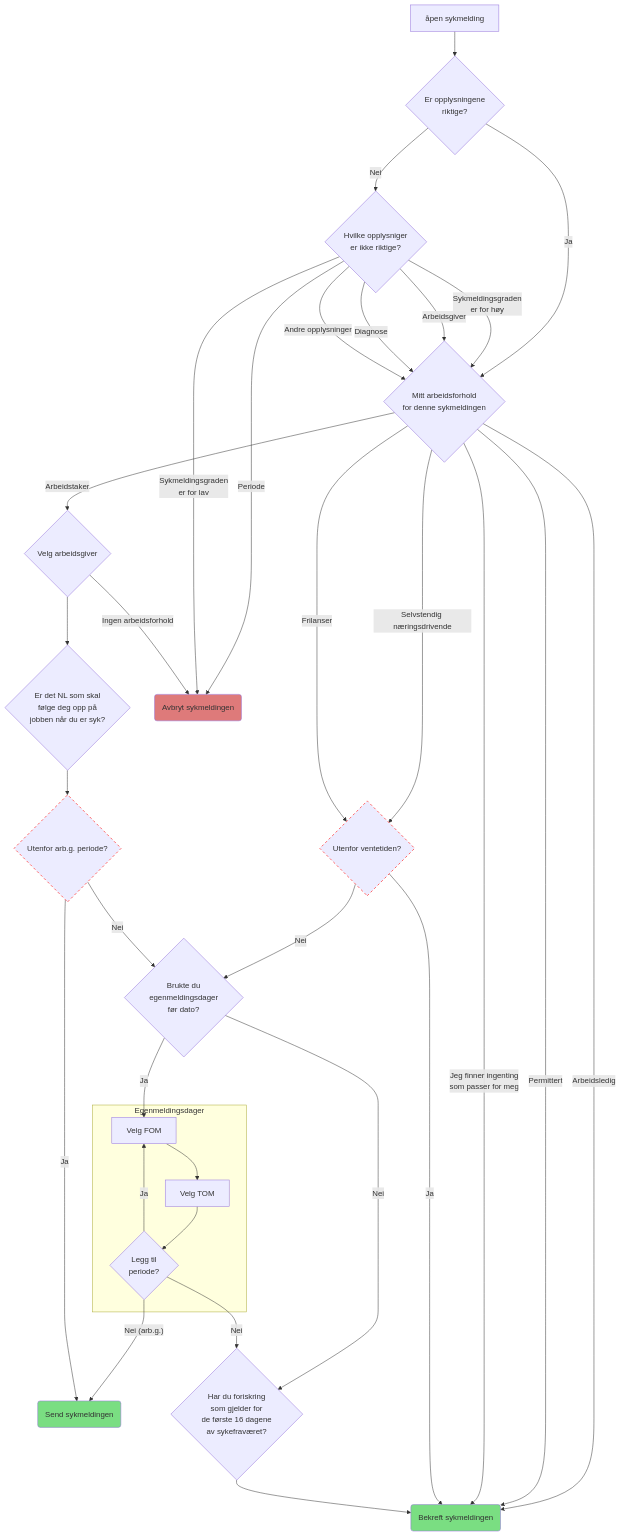
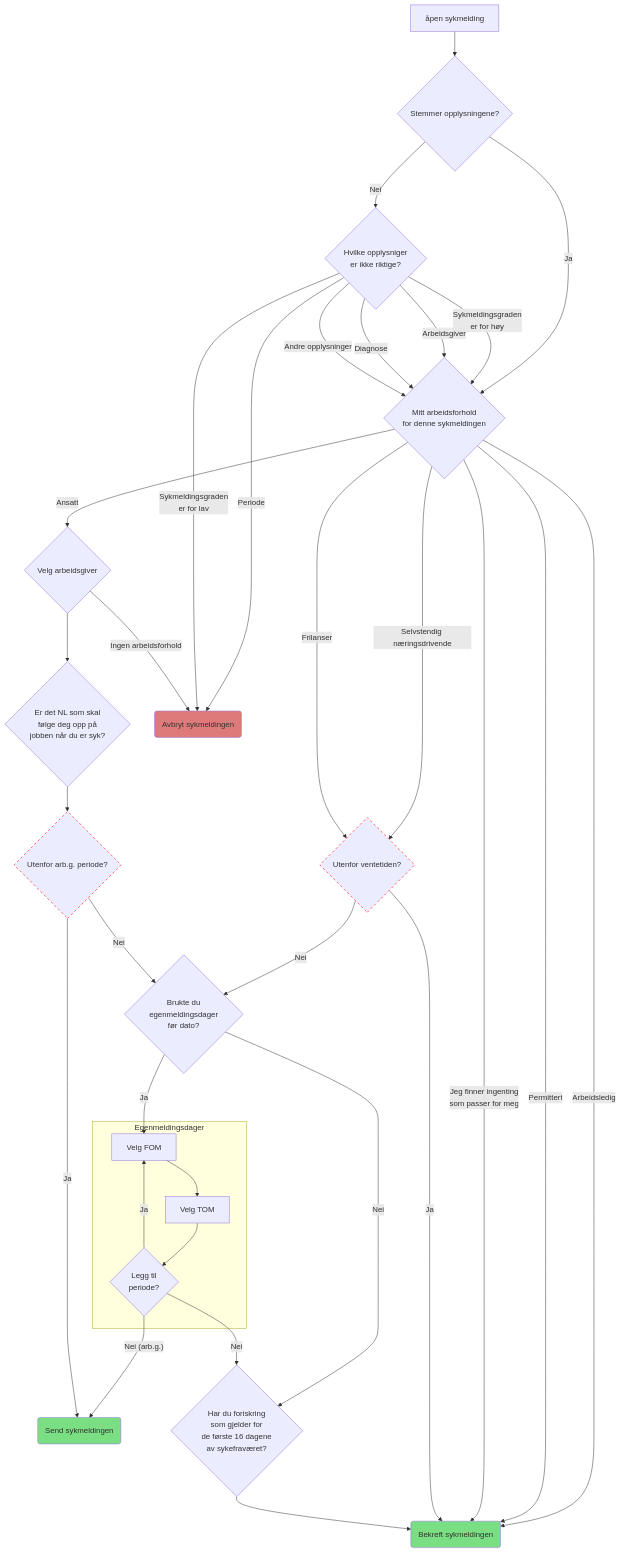
The diagram in form-state.md (navikt/sykmeldinger), drawn with Mermaid before and after one commit. The commit also changed 13 other files, not shown here.

````diff
--- a/form-state.md
+++ b/form-state.md
@@ -6,69 +6,69 @@
 ```mermaid
 graph TB
     %% STATES
     OK_APEN[åpen sykmelding]
-    OPPLYSNINGER{ Er opplysningene <br/> riktige? }
+    OPPLYSNINGER{ Stemmer opplysningene? }
     SYKMELDT_FRA{ Mitt arbeidsforhold <br/> for denne sykmeldingen}
     URIKTIGE_OPPLYSNINGER{ Hvilke opplysniger <br/> er ikke riktige? }
     VELG_ARBEIDSGIVER{ Velg arbeidsgiver }
     UTENFOR_VENTETID{ Utenfor ventetiden? }
     NAERMESTE_LEDER{ Er det NL som skal <br/> følge deg opp på <br/> jobben når du er syk? }
     UTENFOR_AG_PERIODE{ Utenfor arb.g. periode? }
     EGENMELDINGSDAGER{ Brukte du <br/>egenmeldingsdager <br/> før dato? }
     BEKREFT( Bekreft sykmeldingen )
     SEND( Send sykmeldingen)
     NY_PERIODE{Legg til <br/> periode?}
     AVBRYT( Avbryt sykmeldingen)
     FORSIKRING{Har du foriskring <br/> som gjelder for <br/> de første 16 dagene <br/> av sykefraværet?}
 
     OK_APEN --> OPPLYSNINGER;
 
     OPPLYSNINGER -->|Ja| SYKMELDT_FRA
     OPPLYSNINGER -->|Nei| URIKTIGE_OPPLYSNINGER
 
     URIKTIGE_OPPLYSNINGER -->|Sykmeldingsgraden <br/> er for høy| SYKMELDT_FRA
     URIKTIGE_OPPLYSNINGER -->|Arbeidsgiver| SYKMELDT_FRA
     URIKTIGE_OPPLYSNINGER -->|Diagnose| SYKMELDT_FRA
     URIKTIGE_OPPLYSNINGER -->|Andre opplysninger| SYKMELDT_FRA
     URIKTIGE_OPPLYSNINGER -->|Periode| AVBRYT
     URIKTIGE_OPPLYSNINGER -->|Sykmeldingsgraden <br/> er for lav| AVBRYT
 
-    SYKMELDT_FRA -->|Arbeidstaker| VELG_ARBEIDSGIVER
+    SYKMELDT_FRA -->|Ansatt| VELG_ARBEIDSGIVER
     SYKMELDT_FRA -->|Selvstendig næringsdrivende| UTENFOR_VENTETID
     SYKMELDT_FRA -->|Frilanser| UTENFOR_VENTETID
     SYKMELDT_FRA -->|Arbeidsledig| BEKREFT
     SYKMELDT_FRA -->|Permittert| BEKREFT
     SYKMELDT_FRA -->|Jeg finner ingenting <br/> som passer for meg| BEKREFT
 
     VELG_ARBEIDSGIVER -->|Ingen arbeidsforhold| AVBRYT;
     VELG_ARBEIDSGIVER --> NAERMESTE_LEDER;
     NAERMESTE_LEDER --> UTENFOR_AG_PERIODE
 
     UTENFOR_VENTETID -->|Nei| EGENMELDINGSDAGER
     UTENFOR_VENTETID -->|Ja| BEKREFT
 
     EGENMELDINGSDAGER -->|Ja| FOM
     EGENMELDINGSDAGER -->|Nei| FORSIKRING
 
     subgraph Egenmeldingsdager
     %% STATES
     FOM[Velg FOM]
     TOM[Velg TOM]
 
     FOM --> TOM --> NY_PERIODE -->|Ja| FOM
     end
 
     NY_PERIODE -->|"Nei (arb.g.)"| SEND
     NY_PERIODE -->|Nei| FORSIKRING
 
     FORSIKRING --> BEKREFT
 
     UTENFOR_AG_PERIODE -->|Ja| SEND
     UTENFOR_AG_PERIODE -->|Nei| EGENMELDINGSDAGER
 
     style AVBRYT fill:#de7a7a
     style BEKREFT fill:#7ade82
     style SEND fill:#7ade82
     style UTENFOR_VENTETID stroke:#f66,stroke-width:2px,stroke-dasharray: 5 5
     style UTENFOR_AG_PERIODE stroke:#f66,stroke-width:2px,stroke-dasharray: 5 5
 ```
````
